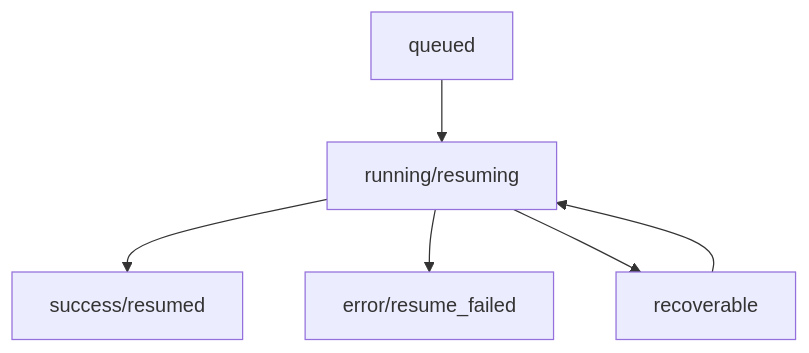
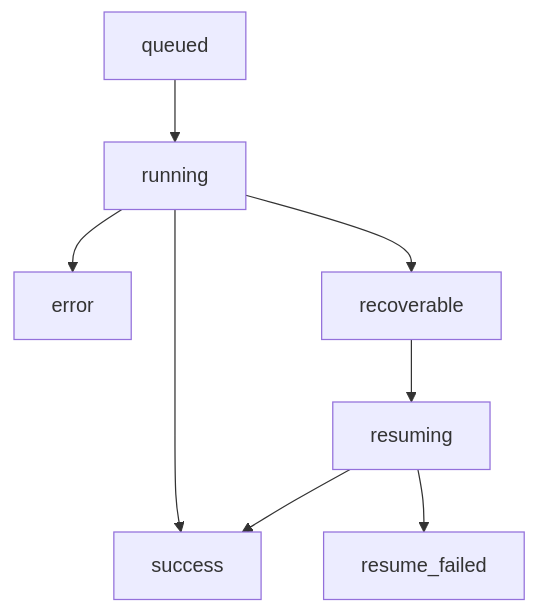
One commit to ZUENS2020/Sherpa changed the third of 8 diagrams in README.md. Above: the diagram before and after it, drawn with Mermaid. The commit also changed other lines of this file, not shown here.

````diff
--- a/README.md
+++ b/README.md
@@ -100,8 +138,10 @@
 ```mermaid
 flowchart TD
-  Q["queued"] --> R["running/resuming"]
-  R --> S["success/resumed"]
-  R --> E["error/resume_failed"]
+  Q["queued"] --> R["running"]
+  R --> S["success"]
+  R --> E["error"]
   R --> RC["recoverable"]
-  RC --> R
+  RC --> RS["resuming"]
+  RS --> S
+  RS --> RF["resume_failed"]
 ```
````
